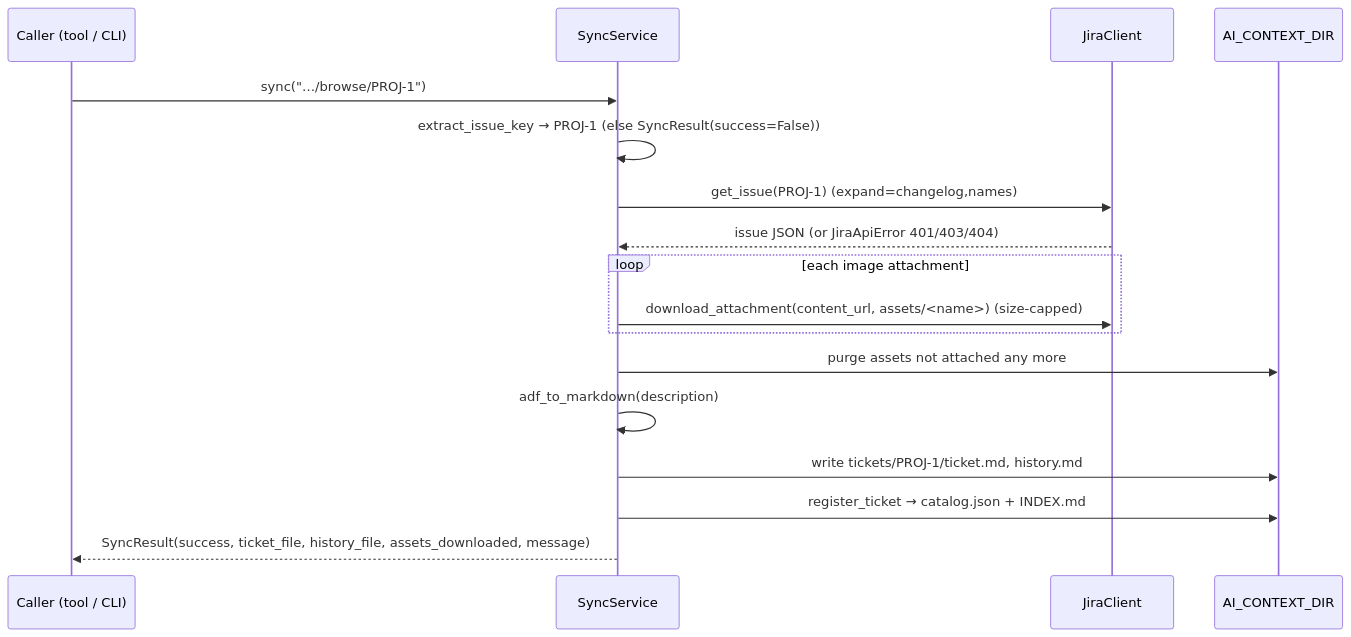
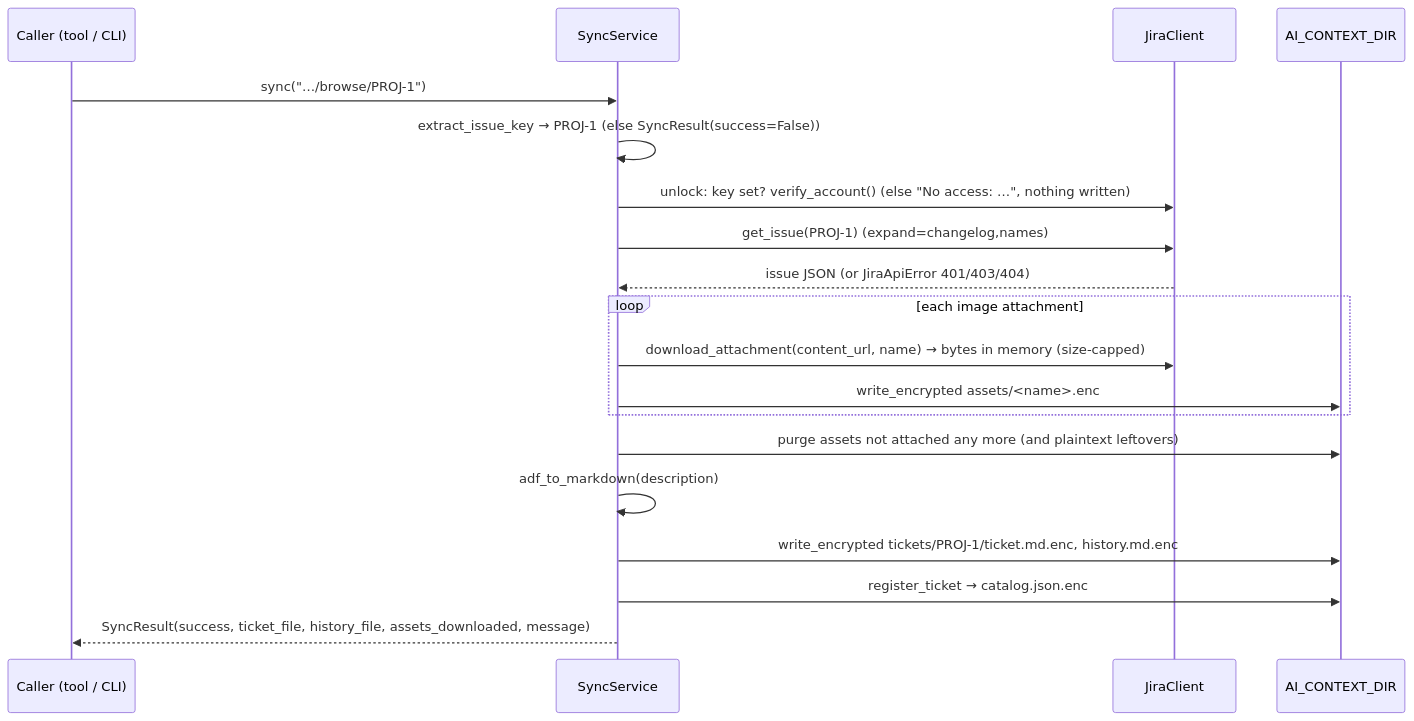
One commit to Ninh-Duong/mcp-jira-sync changed the second of 2 diagrams in docs/ARCHITECTURE.md. Above: the diagram before and after it, drawn with Mermaid. The commit also changed other lines of this file and 24 other files, not shown here.

````diff
--- a/docs/ARCHITECTURE.md
+++ b/docs/ARCHITECTURE.md
@@ -44,19 +48,21 @@
 ```mermaid
 sequenceDiagram
     participant C as Caller (tool / CLI)
     participant S as SyncService
     participant J as JiraClient
     participant FS as AI_CONTEXT_DIR
     C->>S: sync("…/browse/PROJ-1")
     S->>S: extract_issue_key → PROJ-1 (else SyncResult(success=False))
+    S->>J: unlock: key set? verify_account() (else "No access: …", nothing written)
     S->>J: get_issue(PROJ-1) (expand=changelog,names)
     J-->>S: issue JSON (or JiraApiError 401/403/404)
     loop each image attachment
-        S->>J: download_attachment(content_url, assets/<name>) (size-capped)
+        S->>J: download_attachment(content_url, name) → bytes in memory (size-capped)
+        S->>FS: write_encrypted assets/<name>.enc
     end
-    S->>FS: purge assets not attached any more
+    S->>FS: purge assets not attached any more (and plaintext leftovers)
     S->>S: adf_to_markdown(description)
-    S->>FS: write tickets/PROJ-1/ticket.md, history.md
-    S->>FS: register_ticket → catalog.json + INDEX.md
+    S->>FS: write_encrypted tickets/PROJ-1/ticket.md.enc, history.md.enc
+    S->>FS: register_ticket → catalog.json.enc
     S-->>C: SyncResult(success, ticket_file, history_file, assets_downloaded, message)
 ```
````
